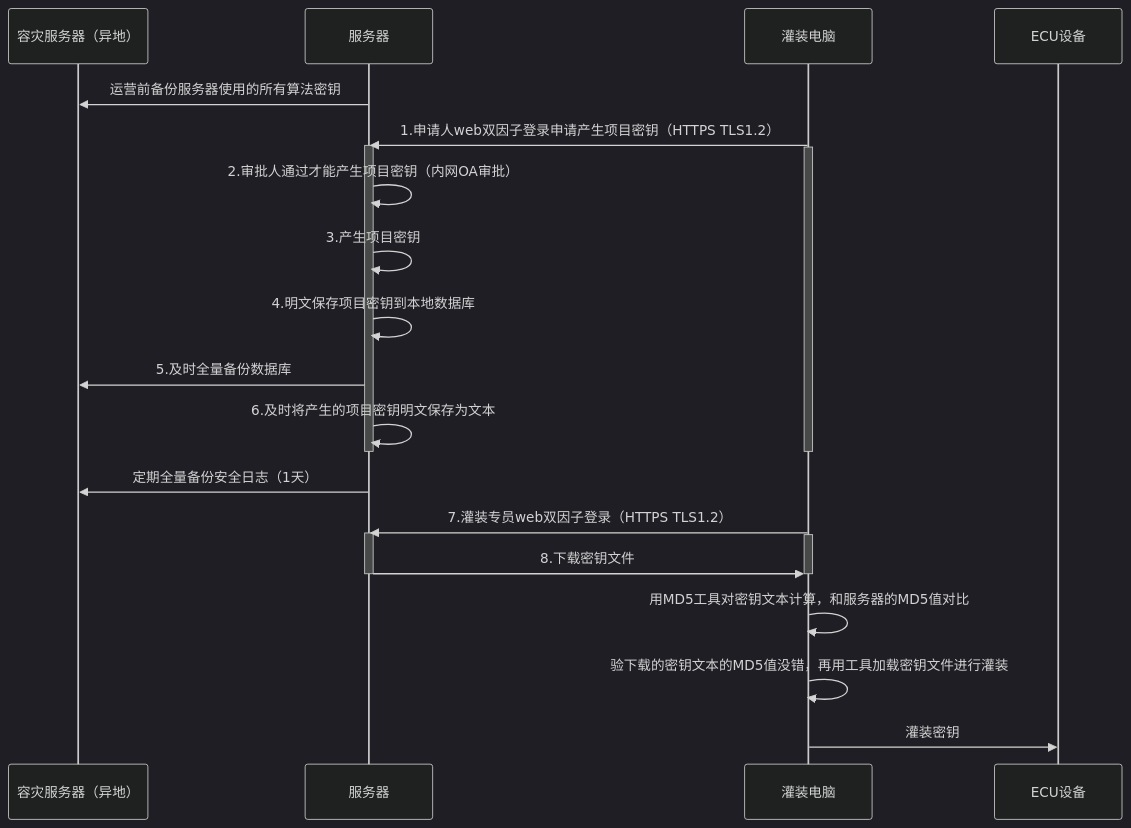
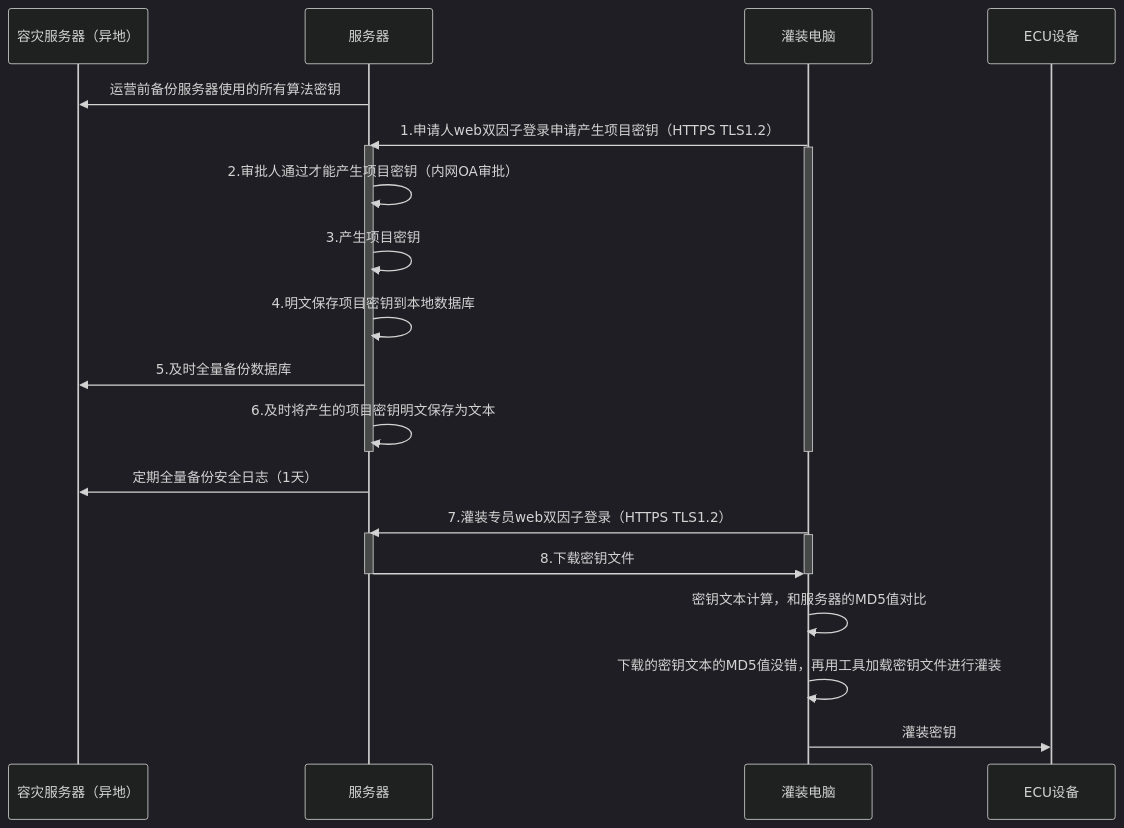
Before and after one commit to facebook-cloud/iodraw-files: the diagram in all/未命名-17.md, drawn with Mermaid (dark theme).

Commit message:
2026-03-06 09:35:23 update

````diff
--- a/all/未命名-17.md
+++ b/all/未命名-17.md
@@ -1,33 +1,33 @@
 ```mermaid
 sequenceDiagram
     participant A as 容灾服务器（异地）
     participant B as 服务器
     participant D as 灌装电脑
     participant E as ECU设备
 
     B->>A: 运营前备份服务器使用的所有算法密钥
     D->>B: 1.申请人web双因子登录申请产生项目密钥（HTTPS TLS1.2）
     activate B
     activate D
     B->>B: 2.审批人通过才能产生项目密钥（内网OA审批）
     B->>B: 3.产生项目密钥
     B->>B: 4.明文保存项目密钥到本地数据库
     B->>A: 5.及时全量备份数据库
     B->>B: 6.及时将产生的项目密钥明文保存为文本
     deactivate B
     deactivate D
 
     B->>A: 定期全量备份安全日志（1天）
     
     D->>B: 7.灌装专员web双因子登录（HTTPS TLS1.2）
     activate B
     activate D
     B->>D: 8.下载密钥文件
     deactivate B
     deactivate D
 
-    D->>D:用MD5工具对密钥文本计算，和服务器的MD5值对比
-    D->>D:验下载的密钥文本的MD5值没错，再用工具加载密钥文件进行灌装
+    D->>D:密钥文本计算，和服务器的MD5值对比
+    D->>D:下载的密钥文本的MD5值没错，再用工具加载密钥文件进行灌装
     
     D->>E: 灌装密钥
 ```
````
